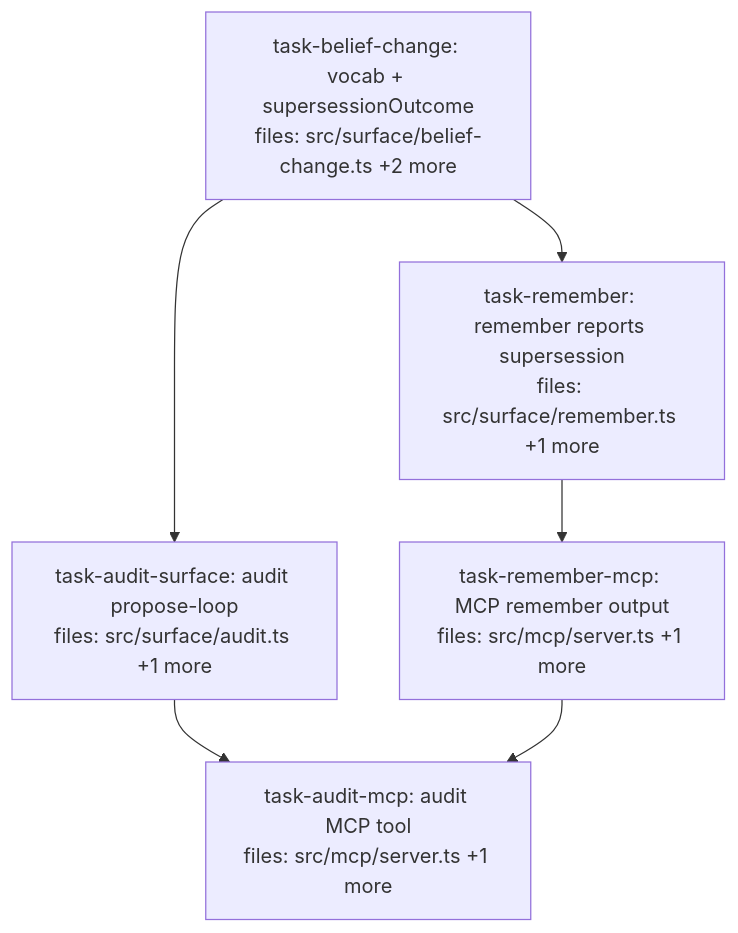
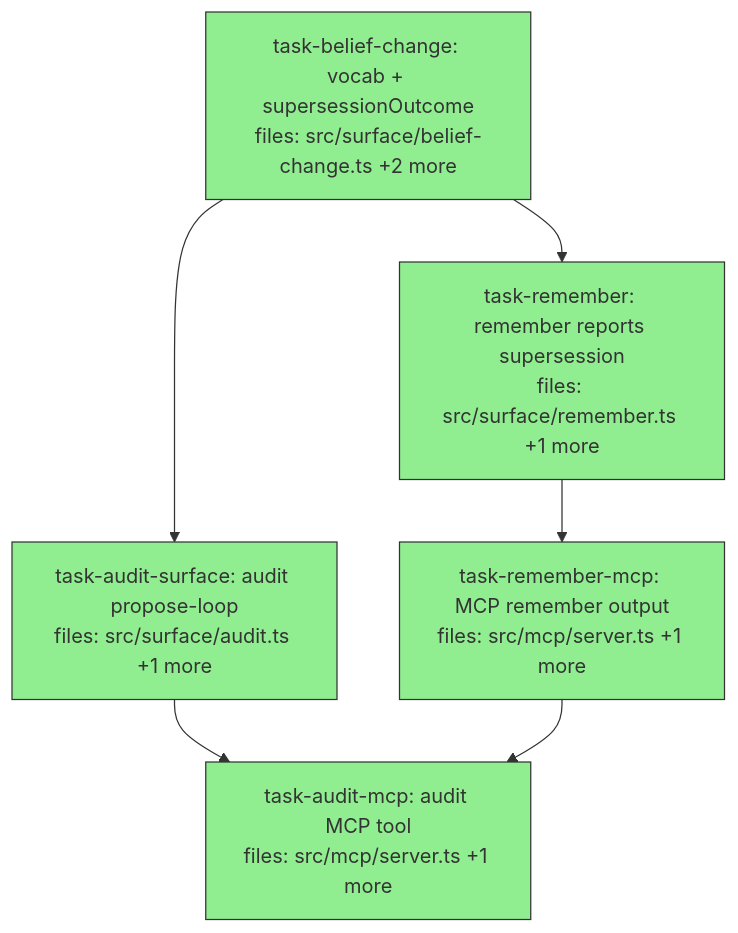
One commit to BrettNye/Mneme changed the diagram in docs/superpowers/plans/2026-07-02-belief-change-maintainable-dag.md. Above: the diagram before and after it, drawn with Mermaid. The commit also changed other lines of this file, not shown here.

Commit message:
docs: mark belief-change-maintainable DAG complete (5/5)

````diff
--- a/docs/superpowers/plans/2026-07-02-belief-change-maintainable-dag.md
+++ b/docs/superpowers/plans/2026-07-02-belief-change-maintainable-dag.md
@@ -10,20 +10,20 @@
 ```mermaid
 flowchart TD
-    task-belief-change["task-belief-change: vocab + supersessionOutcome<br/>files: src/surface/belief-change.ts +2 more"]
-    task-remember["task-remember: remember reports supersession<br/>files: src/surface/remember.ts +1 more"]
-    task-audit-surface["task-audit-surface: audit propose-loop<br/>files: src/surface/audit.ts +1 more"]
-    task-remember-mcp["task-remember-mcp: MCP remember output<br/>files: src/mcp/server.ts +1 more"]
-    task-audit-mcp["task-audit-mcp: audit MCP tool<br/>files: src/mcp/server.ts +1 more"]
+    task-belief-change["task-belief-change: vocab + supersessionOutcome<br/>files: src/surface/belief-change.ts +2 more"]:::done
+    task-remember["task-remember: remember reports supersession<br/>files: src/surface/remember.ts +1 more"]:::done
+    task-audit-surface["task-audit-surface: audit propose-loop<br/>files: src/surface/audit.ts +1 more"]:::done
+    task-remember-mcp["task-remember-mcp: MCP remember output<br/>files: src/mcp/server.ts +1 more"]:::done
+    task-audit-mcp["task-audit-mcp: audit MCP tool<br/>files: src/mcp/server.ts +1 more"]:::done
 
     task-belief-change --> task-remember
     task-belief-change --> task-audit-surface
     task-remember --> task-remember-mcp
     task-audit-surface --> task-audit-mcp
     task-remember-mcp --> task-audit-mcp
 
     classDef done fill:#90ee90,stroke:#333
     classDef ready fill:#fffacd,stroke:#333
     classDef running fill:#87ceeb,stroke:#333
     classDef failed fill:#ffb6c1,stroke:#333
     classDef skipped fill:#d3d3d3,stroke:#333,stroke-dasharray: 5 5
 ```
````
